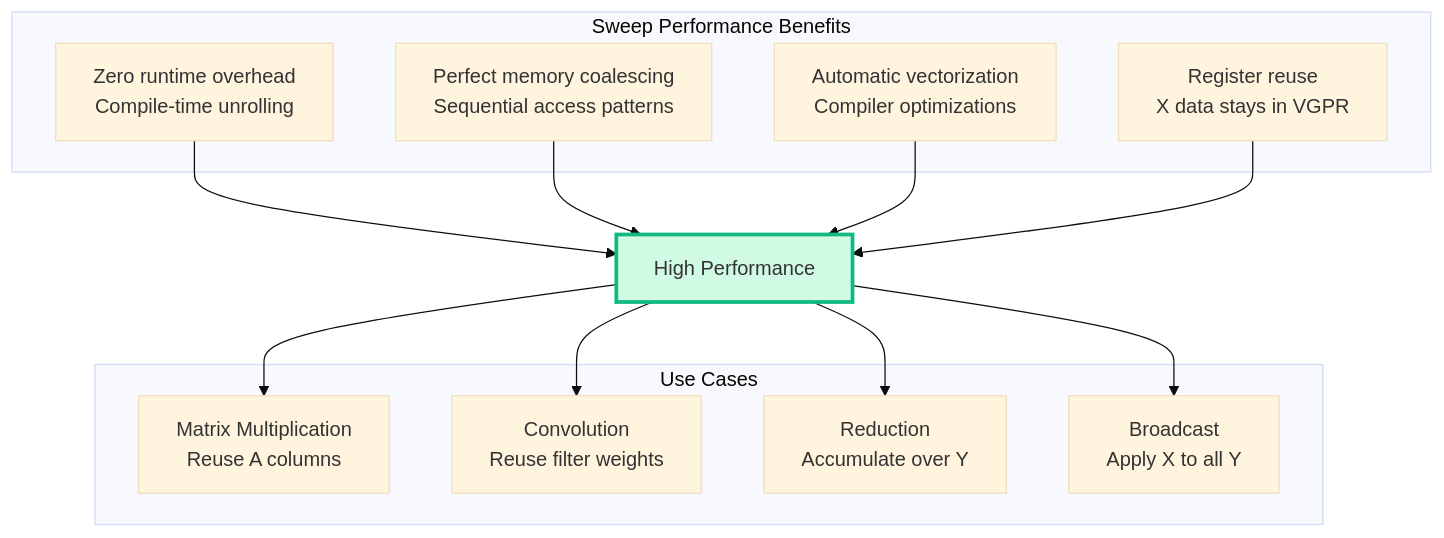
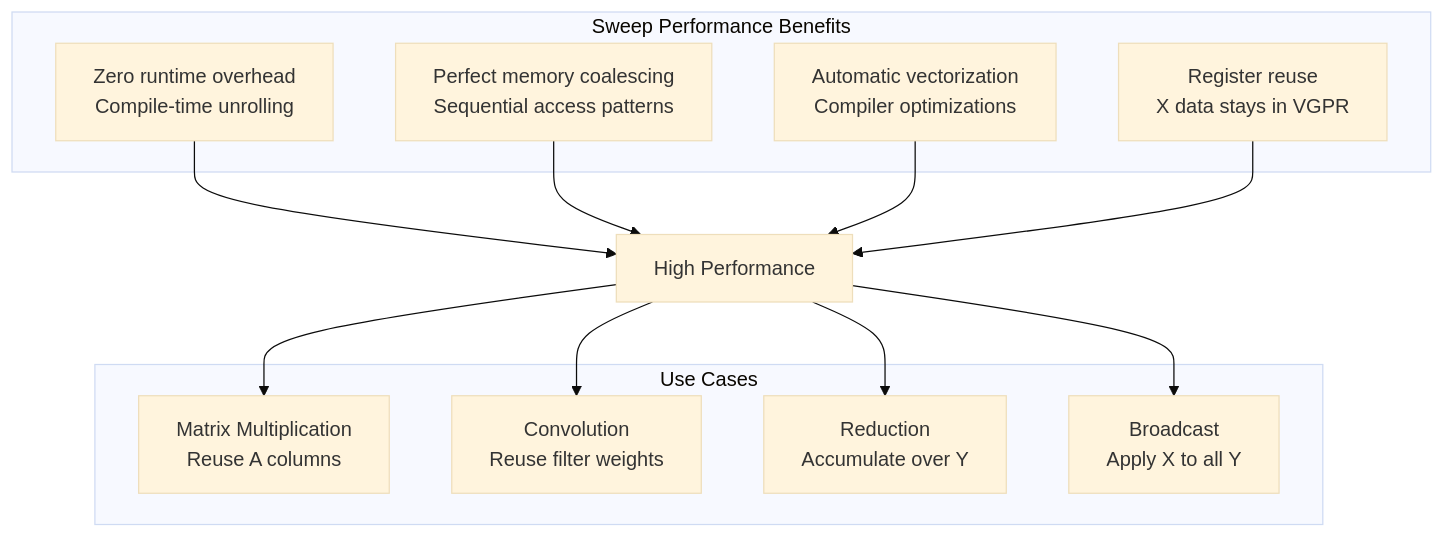
The third of 4 diagrams in projects/composablekernel/docs/conceptual/ck_tile/sweep_tile.rst (hdt98/rocm-libraries), drawn with Mermaid (base theme) before and after one commit. The commit also changed other lines of this file and 21 other files, not shown here.

First line of the commit message:
[ck] Updated CK Tile documentation to use mermaid diagrams (#7955)

```diff
--- a/projects/composablekernel/docs/conceptual/ck_tile/sweep_tile.rst
+++ b/projects/composablekernel/docs/conceptual/ck_tile/sweep_tile.rst
@@ -388,28 +354,26 @@
-      .. mermaid::
-      
-         graph TB
-             subgraph "Sweep Performance Benefits"
-                 B1["Zero runtime overhead<br/>Compile-time unrolling"]
-                 B2["Perfect memory coalescing<br/>Sequential access patterns"]
-                 B3["Automatic vectorization<br/>Compiler optimizations"]
-                 B4["Register reuse<br/>X data stays in VGPR"]
-             end
-             
-             subgraph "Use Cases"
-                 U1["Matrix Multiplication<br/>Reuse A columns"]
-                 U2["Convolution<br/>Reuse filter weights"]
-                 U3["Reduction<br/>Accumulate over Y"]
-                 U4["Broadcast<br/>Apply X to all Y"]
-             end
-             
-             B1 --> Performance["High Performance"]
-             B2 --> Performance
-             B3 --> Performance
-             B4 --> Performance
-             
-             Performance --> U1
-             Performance --> U2
-             Performance --> U3
-             Performance --> U4
-             
-             style Performance fill:#d1fae5,stroke:#10b981,stroke-width:3px
+.. mermaid::
+
+   graph TB
+       subgraph "Sweep Performance Benefits"
+           B1["Zero runtime overhead<br/>Compile-time unrolling"]
+           B2["Perfect memory coalescing<br/>Sequential access patterns"]
+           B3["Automatic vectorization<br/>Compiler optimizations"]
+           B4["Register reuse<br/>X data stays in VGPR"]
+       end
+
+       subgraph "Use Cases"
+           U1["Matrix Multiplication<br/>Reuse A columns"]
+           U2["Convolution<br/>Reuse filter weights"]
+           U3["Reduction<br/>Accumulate over Y"]
+           U4["Broadcast<br/>Apply X to all Y"]
+       end
+
+       B1 --> Performance["High Performance"]
+       B2 --> Performance
+       B3 --> Performance
+       B4 --> Performance
+
+       Performance --> U1
+       Performance --> U2
+       Performance --> U3
+       Performance --> U4
```
